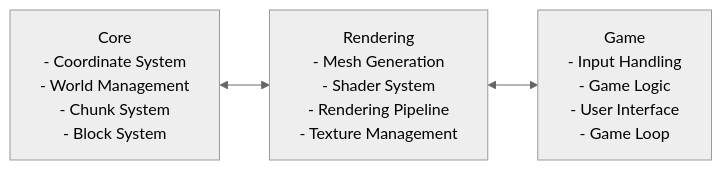
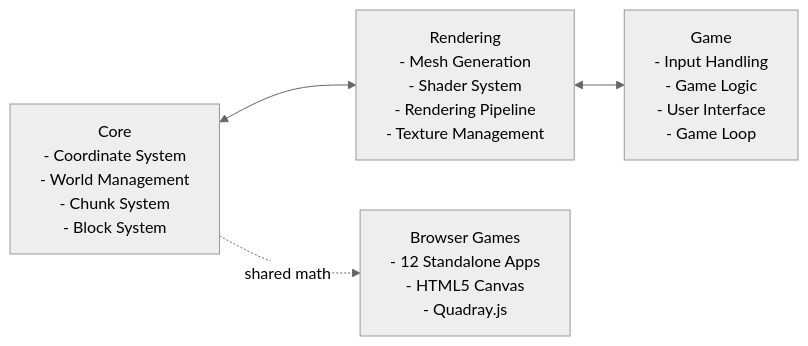
One commit to docxology/QuadCraft changed the diagram in docs/architecture.md. Above: the diagram before and after it, drawn with Mermaid (neutral theme). The commit also changed other lines of this file and 351 other files, not shown here.

````diff
--- a/docs/architecture.md
+++ b/docs/architecture.md
@@ -9,9 +12,11 @@
 ```mermaid
 flowchart LR
     Core["Core\n- Coordinate System\n- World Management\n- Chunk System\n- Block System"]
     Rendering["Rendering\n- Mesh Generation\n- Shader System\n- Rendering Pipeline\n- Texture Management"]
     Game["Game\n- Input Handling\n- Game Logic\n- User Interface\n- Game Loop"]
+    Browser["Browser Games\n- 12 Standalone Apps\n- HTML5 Canvas\n- Quadray.js"]
     
     Core <--> Rendering
     Rendering <--> Game
+    Core -.->|"shared math"| Browser
 ```
````
